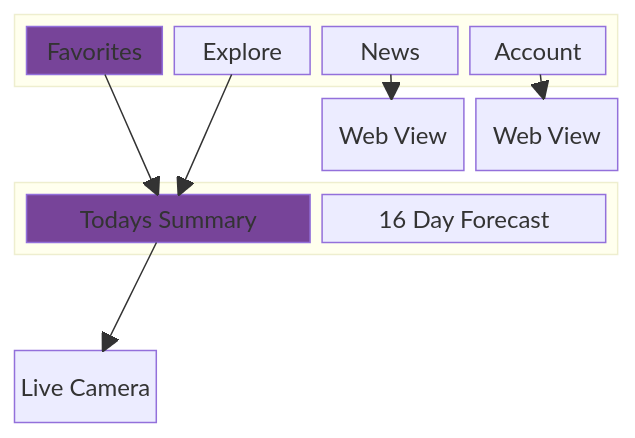
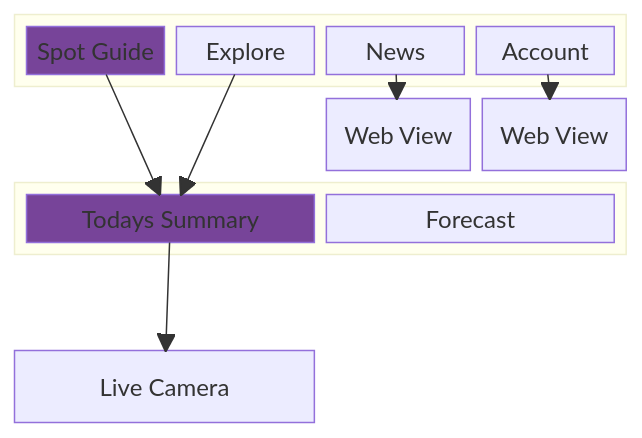
The diagram in design/navigation.md (JoeBlakeB/SurfForecastReactNative), drawn with Mermaid before and after one commit. The commit also changed 2 other files, not shown here.

Commit message:
rename favorites to spot guide

````diff
--- a/design/navigation.md
+++ b/design/navigation.md
@@ -5,28 +5,29 @@
 ```mermaid
 block-beta
 columns 4
 
 block:Home:4
-    Favorites
+    Spots["Spot Guide"]
     Explore
     News
     Account
 end
 
 space:2
 News-->Article["Web View"]
 Account-->WebView["Web View"]
 
 block:Beach:4
-    Favorites-->Today
+    Spots-->Today
     Explore-->Today
     Today["Todays Summary"]
-    Forecast["16 Day Forecast"]
+    Forecast["Forecast"]
 end
 
 space:4
+Camera:2
 Today-->Camera["Live Camera"]
 
-style Favorites fill:#749
+style Spots fill:#749
 style Today fill:#749
 ```
````
